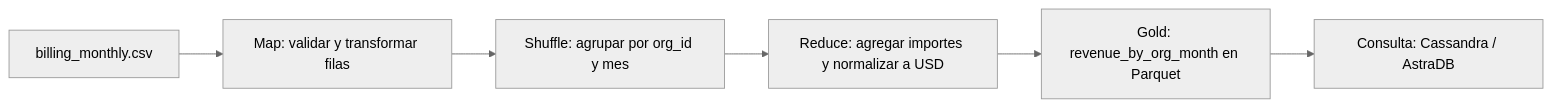
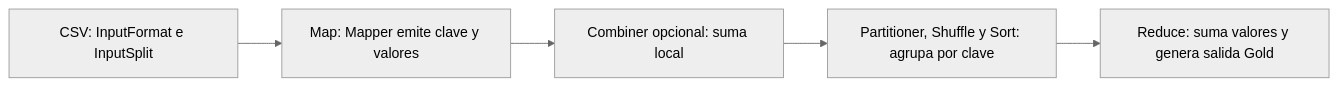
One commit to CristianDadino/Mineria_datos_II changed the second of 2 diagrams in docs/diseno.md. Above: the diagram before and after it, drawn with Mermaid (neutral theme). The commit also changed other lines of this file, not shown here.

````diff
--- a/docs/diseno.md
+++ b/docs/diseno.md
@@ -189,8 +185,7 @@
 ```mermaid
 flowchart LR
-    A["billing_monthly.csv"] --> B["Map: validar y transformar filas"]
-    B --> C["Shuffle: agrupar por org_id y mes"]
-    C --> D["Reduce: agregar importes y normalizar a USD"]
-    D --> E["Gold: revenue_by_org_month en Parquet"]
-    E --> F["Consulta: Cassandra / AstraDB"]
+    A["CSV: InputFormat e InputSplit"] --> B["Map: Mapper emite clave y valores"]
+    B --> C["Combiner opcional: suma local"]
+    C --> D["Partitioner, Shuffle y Sort: agrupa por clave"]
+    D --> E["Reduce: suma valores y genera salida Gold"]
 ```
````
